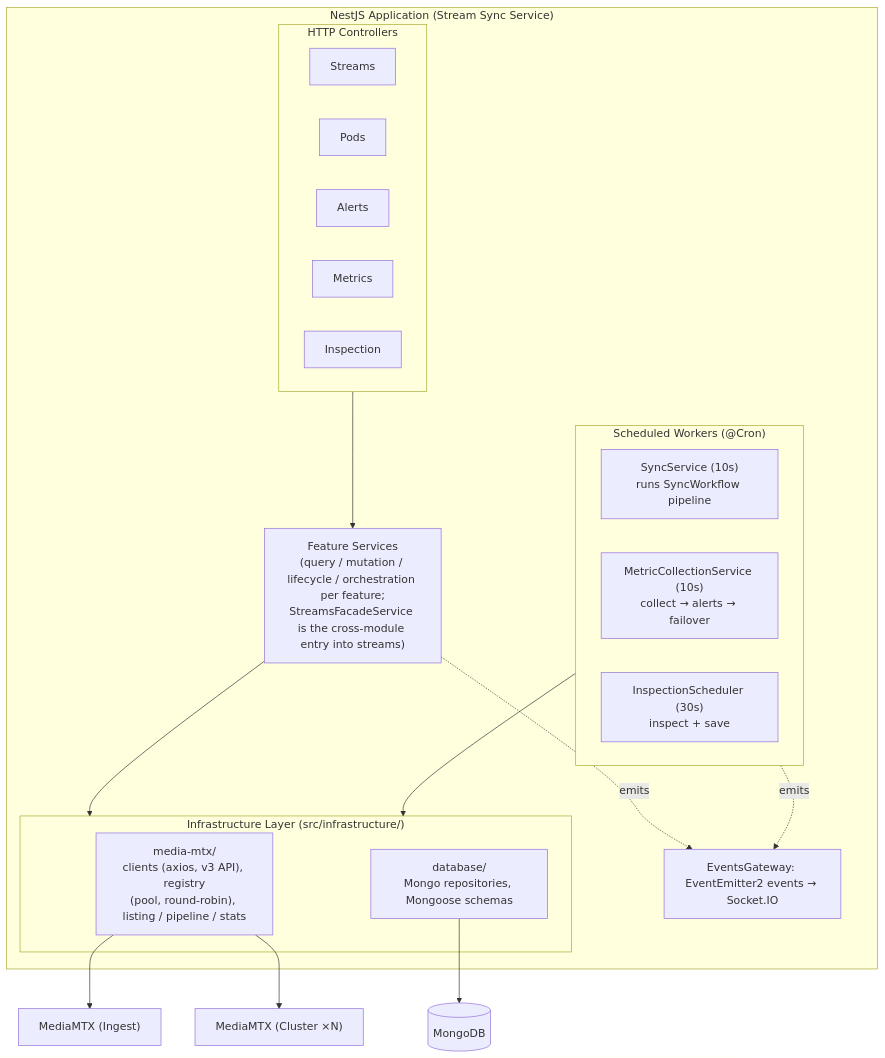
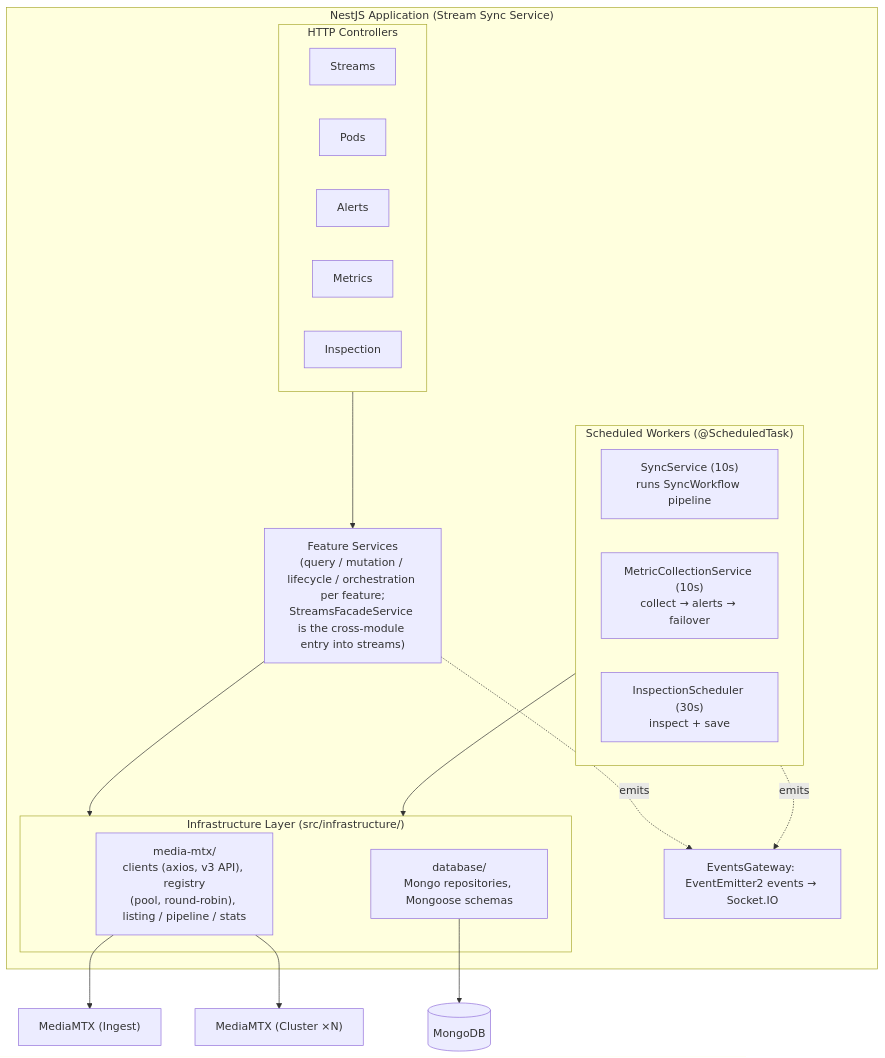
One commit to emanuel74-bit/media-sync changed the first of 6 diagrams in backend/SYSTEM_DOCUMENTATION.md. Above: the diagram before and after it, drawn with Mermaid. The commit also changed other lines of this file and 55 other files, not shown here.

````diff
--- a/backend/SYSTEM_DOCUMENTATION.md
+++ b/backend/SYSTEM_DOCUMENTATION.md
@@ -57,33 +57,33 @@
 ```mermaid
 flowchart TB
     subgraph app["NestJS Application (Stream Sync Service)"]
         subgraph controllers["HTTP Controllers"]
             StreamsC[Streams]
             PodsC[Pods]
             AlertsC[Alerts]
             MetricsC[Metrics]
             InspectionC[Inspection]
         end
         services["Feature Services<br/>(query / mutation / lifecycle / orchestration per feature;<br/>StreamsFacadeService is the cross-module entry into streams)"]
-        subgraph workers["Scheduled Workers (@Cron)"]
+        subgraph workers["Scheduled Workers (@ScheduledTask)"]
             SyncW["SyncService (10s)<br/>runs SyncWorkflow pipeline"]
             MetricsW["MetricCollectionService (10s)<br/>collect → alerts → failover"]
             InspectW["InspectionScheduler (30s)<br/>inspect + save"]
         end
         subgraph infra["Infrastructure Layer (src/infrastructure/)"]
             MediaMtx["media-mtx/<br/>clients (axios, v3 API), registry<br/>(pool, round-robin), listing / pipeline / stats"]
             Database["database/<br/>Mongo repositories, Mongoose schemas"]
         end
         Gateway["EventsGateway: EventEmitter2 events → Socket.IO"]
 
         controllers --> services
         services --> infra
         workers --> infra
         services -. emits .-> Gateway
         workers -. emits .-> Gateway
     end
 
     Database --> Mongo[(MongoDB)]
     MediaMtx --> Ingest["MediaMTX (Ingest)"]
     MediaMtx --> Cluster["MediaMTX (Cluster ×N)"]
 ```
````
